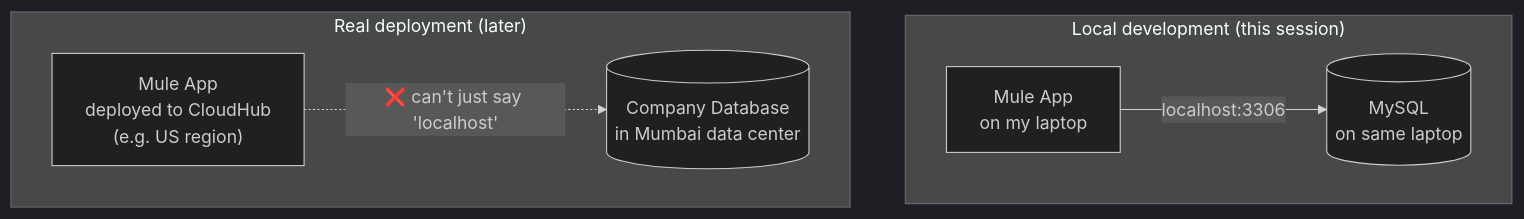
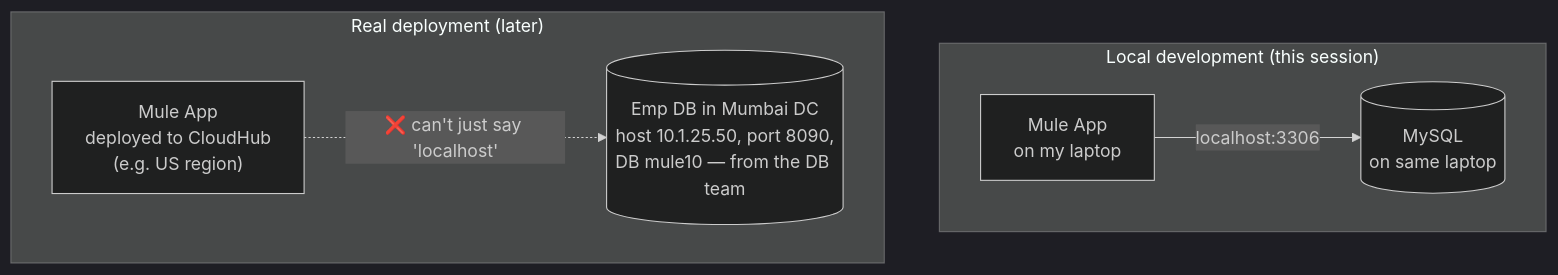
Before and after one commit to developerashok99/green-c-mule-notes: the fifth of 5 diagrams in detailed-notes/day05.md, drawn with Mermaid (dark theme). The commit also changed other lines of this file and 19 other files, not shown here.

````diff
--- a/detailed-notes/day05.md
+++ b/detailed-notes/day05.md
@@ -98,9 +131,9 @@
 ```mermaid
 flowchart TB
     subgraph "Local development (this session)"
     LMule[Mule App<br/>on my laptop] -->|localhost:3306| LDB[(MySQL<br/>on same laptop)]
     end
     subgraph "Real deployment (later)"
-    CMule["Mule App<br/>deployed to CloudHub<br/>(e.g. US region)"] -.->|"❌ can't just say 'localhost'"| RDB[(Company Database<br/>in Mumbai data center)]
+    CMule["Mule App<br/>deployed to CloudHub<br/>(e.g. US region)"] -.->|"❌ can't just say 'localhost'"| RDB[("Emp DB in Mumbai DC<br/>host 10.1.25.50, port 8090,<br/>DB mule10 — from the DB team")]
     end
 ```
````
